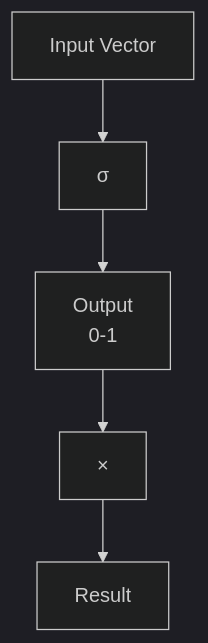
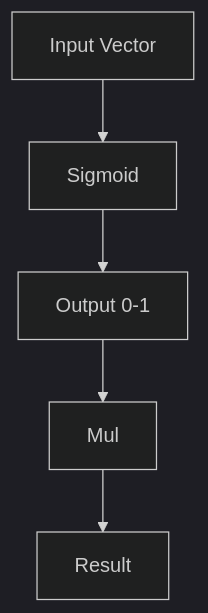
Before and after one commit to NalinDalal/lstm-word2Vec: the fifth of 12 diagrams in lstm.md, drawn with Mermaid (dark theme). The commit also changed other lines of this file and 11 other files, not shown here.

````diff
--- a/lstm.md
+++ b/lstm.md
@@ -102,6 +102,6 @@
 ```mermaid
 flowchart TB
-    Input[Input Vector] --> Sigmoid[σ] --> Output[Output<br/>0-1]
-    Output --> Mul[×]
+    Input["Input Vector"] --> Sigmoid --> Output["Output 0-1"]
+    Output --> Mul
     Mul --> Result
 ```
````
